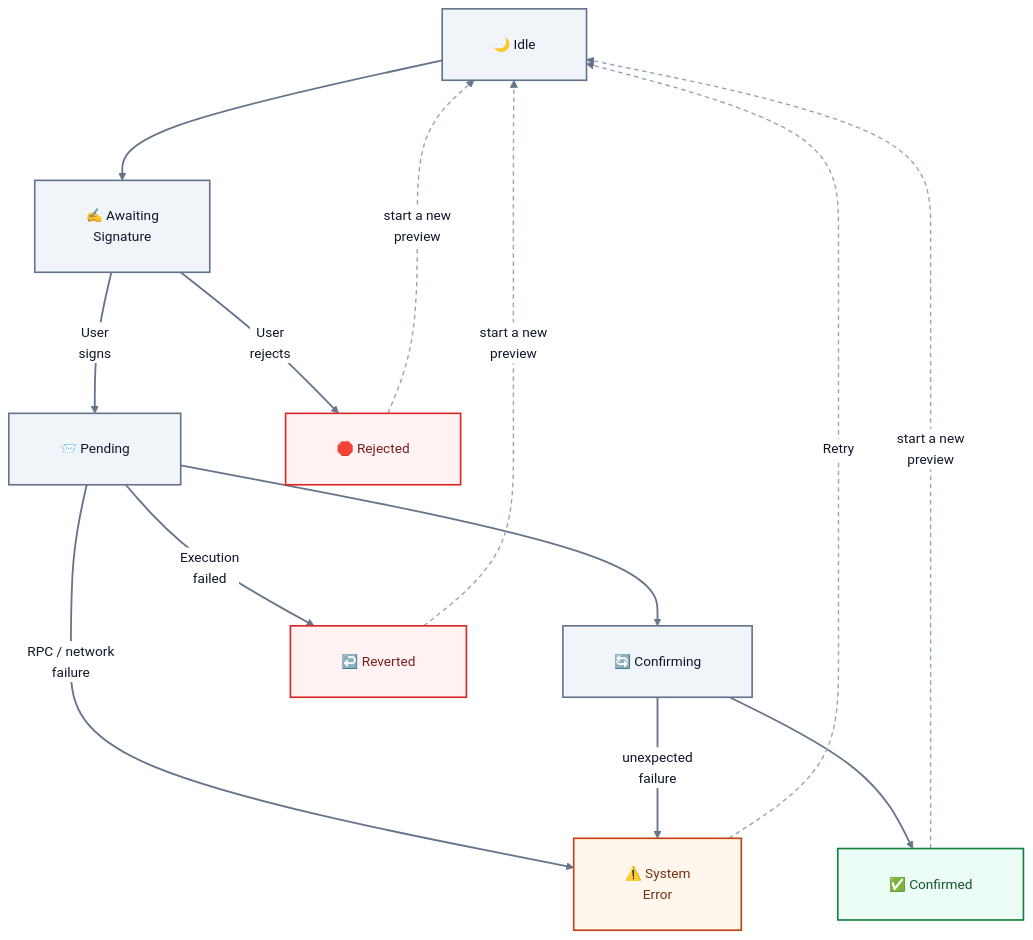
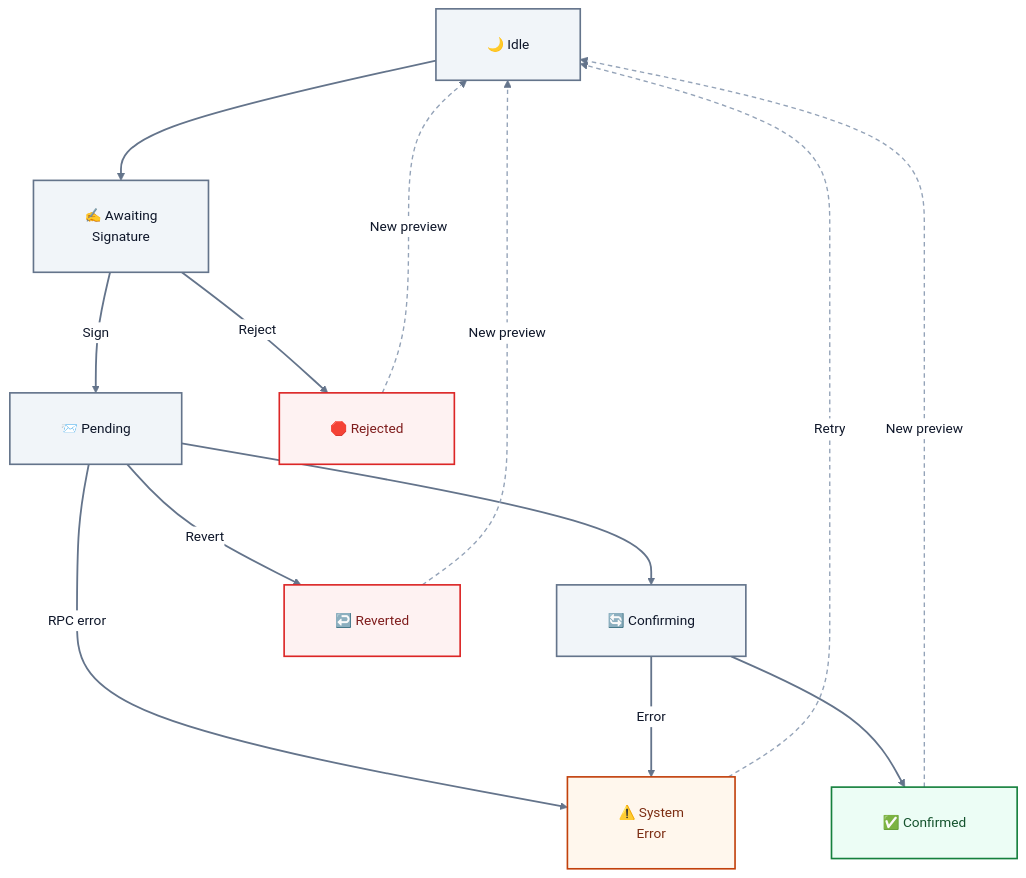
The third of 8 diagrams in README.md (sunshineluyao/Moss-Mcp-Transaction), drawn with Mermaid before and after one commit. The commit also changed other lines of this file, not shown here.

Commit message:
docs: add Mermaid anti-clipping guidance (EN/ZH)

````diff
--- a/README.md
+++ b/README.md
@@ -333,30 +337,30 @@
 ```mermaid
 %%{init: {'theme':'base','flowchart': {'htmlLabels': true, 'nodeSpacing': 96, 'rankSpacing': 110, 'curve': 'basis', 'padding': 28, 'diagramPadding': 24, 'wrappingWidth': 260},'themeVariables': {'fontFamily':'Inter, Segoe UI, sans-serif','fontSize':'15px','primaryTextColor':'#0f172a','lineColor':'#64748b','clusterBkg':'#f8fafc','clusterBorder':'#cbd5e1','edgeLabelBackground':'#ffffff','primaryBorderColor':'#2563eb','primaryColor':'#eff6ff'}}}%%
 flowchart TB
   Idle["🌙 Idle"] --> Awaiting["✍️ Awaiting<br/>Signature"]
-  Awaiting -->|User<br/>signs| Pending["📨 Pending"]
-  Awaiting -->|User<br/>rejects| Rejected["🛑 Rejected"]
+  Awaiting -->|Sign| Pending["📨 Pending"]
+  Awaiting -->|Reject| Rejected["🛑 Rejected"]
 
   Pending --> Confirming["🔄 Confirming"]
   Confirming --> Confirmed["✅ Confirmed"]
-  Pending -->|Execution<br/>failed| Reverted["↩️ Reverted"]
-  Pending -->|RPC / network<br/>failure| SystemError["⚠️ System<br/>Error"]
-  Confirming -->|unexpected<br/>failure| SystemError
+  Pending -->|Revert| Reverted["↩️ Reverted"]
+  Pending -->|RPC error| SystemError["⚠️ System<br/>Error"]
+  Confirming -->|Error| SystemError
 
-  Rejected -.->|start a new<br/>preview| Idle
-  Reverted -.->|start a new<br/>preview| Idle
+  Rejected -.->|New preview| Idle
+  Reverted -.->|New preview| Idle
   SystemError -.->|Retry| Idle
-  Confirmed -.->|start a new<br/>preview| Idle
+  Confirmed -.->|New preview| Idle
 
   classDef neutral fill:#f1f5f9,stroke:#64748b,stroke-width:1.8px,color:#0f172a;
   classDef success fill:#ecfdf5,stroke:#15803d,stroke-width:1.8px,color:#14532d;
   classDef danger fill:#fef2f2,stroke:#dc2626,stroke-width:1.8px,color:#7f1d1d;
   classDef warn fill:#fff7ed,stroke:#c2410c,stroke-width:1.8px,color:#7c2d12;
 
   class Idle,Awaiting,Pending,Confirming neutral;
   class Confirmed success;
   class Rejected,Reverted danger;
   class SystemError warn;
   linkStyle 8,9,10,11 stroke:#94a3b8,stroke-width:1.5px,stroke-dasharray:5 4;
   linkStyle default stroke:#64748b,stroke-width:2px;
 ```
````
